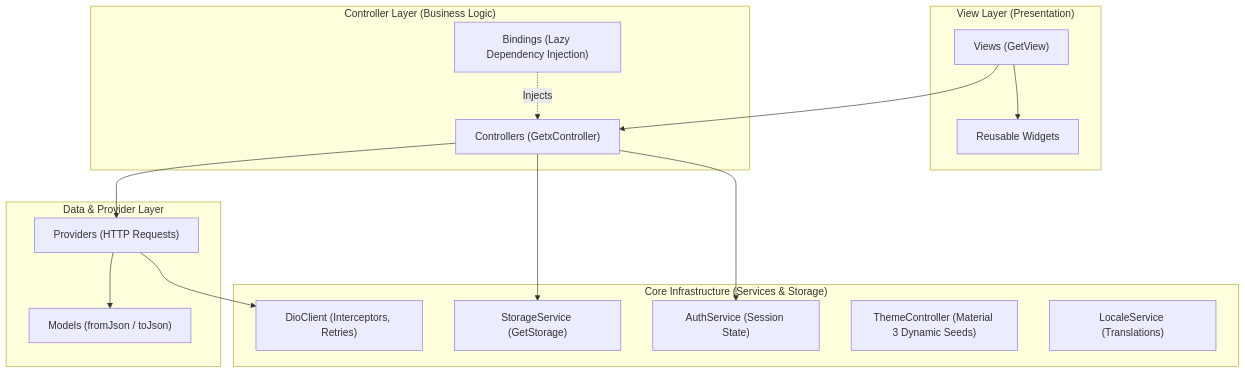
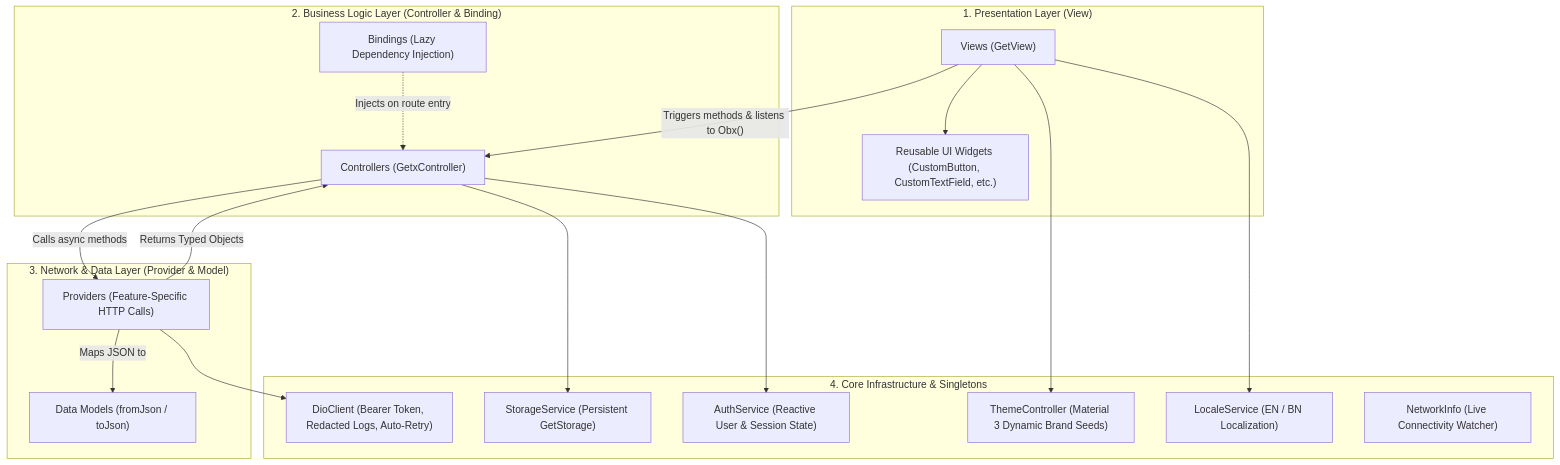
One commit to SheikhAman/flutter-getx-mvc-boilerplate changed the first of 5 diagrams in README.md. Above: the diagram before and after it, drawn with Mermaid. The commit also changed other lines of this file, not shown here.

Commit message:
docs: modernize README with complete architecture graphs, beginner guide, and video roadmap

````diff
--- a/README.md
+++ b/README.md
@@ -70,33 +89,38 @@
 ```mermaid
 flowchart TD
-    subgraph UI ["View Layer (Presentation)"]
-        V["Views (GetView)"]
-        W["Reusable Widgets"]
+    subgraph UI ["1. Presentation Layer (View)"]
+        V["Views (GetView<T>)"]
+        W["Reusable UI Widgets (CustomButton, CustomTextField, etc.)"]
         V --> W
     end
 
-    subgraph State ["Controller Layer (Business Logic)"]
+    subgraph State ["2. Business Logic Layer (Controller & Binding)"]
         C["Controllers (GetxController)"]
         B["Bindings (Lazy Dependency Injection)"]
-        B -. Injects .-> C
-        V --> C
+        B -. Injects on route entry .-> C
+        V -- Triggers methods & listens to Obx() --> C
     end
 
-    subgraph Data ["Data & Provider Layer"]
-        P["Providers (HTTP Requests)"]
-        M["Models (fromJson / toJson)"]
-        C --> P
-        P --> M
+    subgraph Data ["3. Network & Data Layer (Provider & Model)"]
+        P["Providers (Feature-Specific HTTP Calls)"]
+        M["Data Models (fromJson / toJson)"]
+        C -- Calls async methods --> P
+        P -- Maps JSON to --> M
+        P -- Returns Typed Objects --> C
     end
 
-    subgraph Core ["Core Infrastructure (Services & Storage)"]
-        DIO["DioClient (Interceptors, Retries)"]
-        ST["StorageService (GetStorage)"]
-        AUTH["AuthService (Session State)"]
-        THEME["ThemeController (Material 3 Dynamic Seeds)"]
-        LOCALE["LocaleService (Translations)"]
+    subgraph Core ["4. Core Infrastructure & Singletons"]
+        DIO["DioClient (Bearer Token, Redacted Logs, Auto-Retry)"]
+        ST["StorageService (Persistent GetStorage)"]
+        AUTH["AuthService (Reactive User & Session State)"]
+        THEME["ThemeController (Material 3 Dynamic Brand Seeds)"]
+        LOCALE["LocaleService (EN / BN Localization)"]
+        NET["NetworkInfo (Live Connectivity Watcher)"]
+        
         P --> DIO
         C --> ST
         C --> AUTH
+        V --> THEME
+        V --> LOCALE
     end
 ```
````
